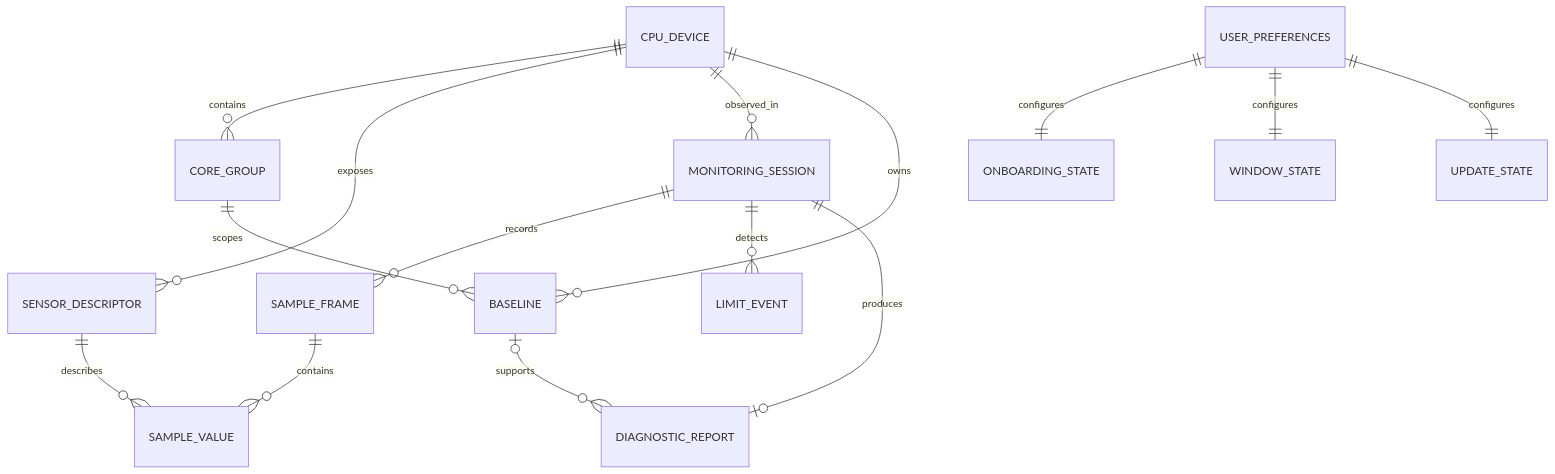
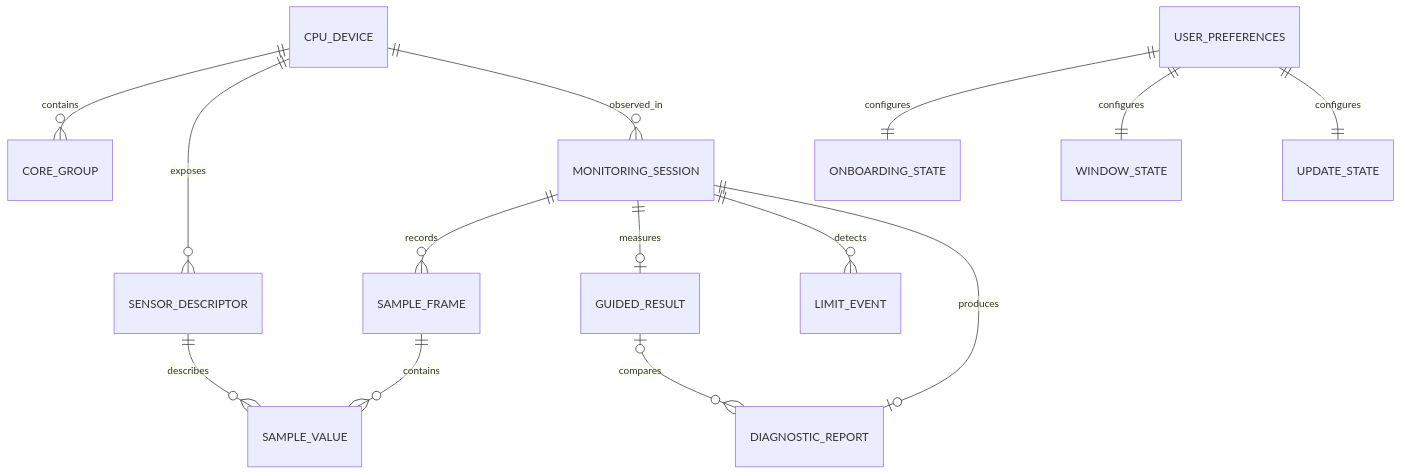
The first of 2 diagrams in specs/001-cpu-thermal-diagnostics/data-model.md (danimardo/ThrottleWatch), drawn with Mermaid before and after one commit. The commit also changed other lines of this file and 41 other files, not shown here.

````diff
--- a/specs/001-cpu-thermal-diagnostics/data-model.md
+++ b/specs/001-cpu-thermal-diagnostics/data-model.md
@@ -274,17 +288,16 @@
 ```mermaid
 erDiagram
     CPU_DEVICE ||--o{ CORE_GROUP : contains
     CPU_DEVICE ||--o{ SENSOR_DESCRIPTOR : exposes
     CPU_DEVICE ||--o{ MONITORING_SESSION : observed_in
     MONITORING_SESSION ||--o{ SAMPLE_FRAME : records
     SAMPLE_FRAME ||--o{ SAMPLE_VALUE : contains
     SENSOR_DESCRIPTOR ||--o{ SAMPLE_VALUE : describes
-    CPU_DEVICE ||--o{ BASELINE : owns
-    CORE_GROUP ||--o{ BASELINE : scopes
+    MONITORING_SESSION ||--o| GUIDED_RESULT : measures
     MONITORING_SESSION ||--o{ LIMIT_EVENT : detects
     MONITORING_SESSION ||--o| DIAGNOSTIC_REPORT : produces
-    BASELINE o|--o{ DIAGNOSTIC_REPORT : supports
+    GUIDED_RESULT o|--o{ DIAGNOSTIC_REPORT : compares
     USER_PREFERENCES ||--|| ONBOARDING_STATE : configures
     USER_PREFERENCES ||--|| WINDOW_STATE : configures
     USER_PREFERENCES ||--|| UPDATE_STATE : configures
 ```
````
